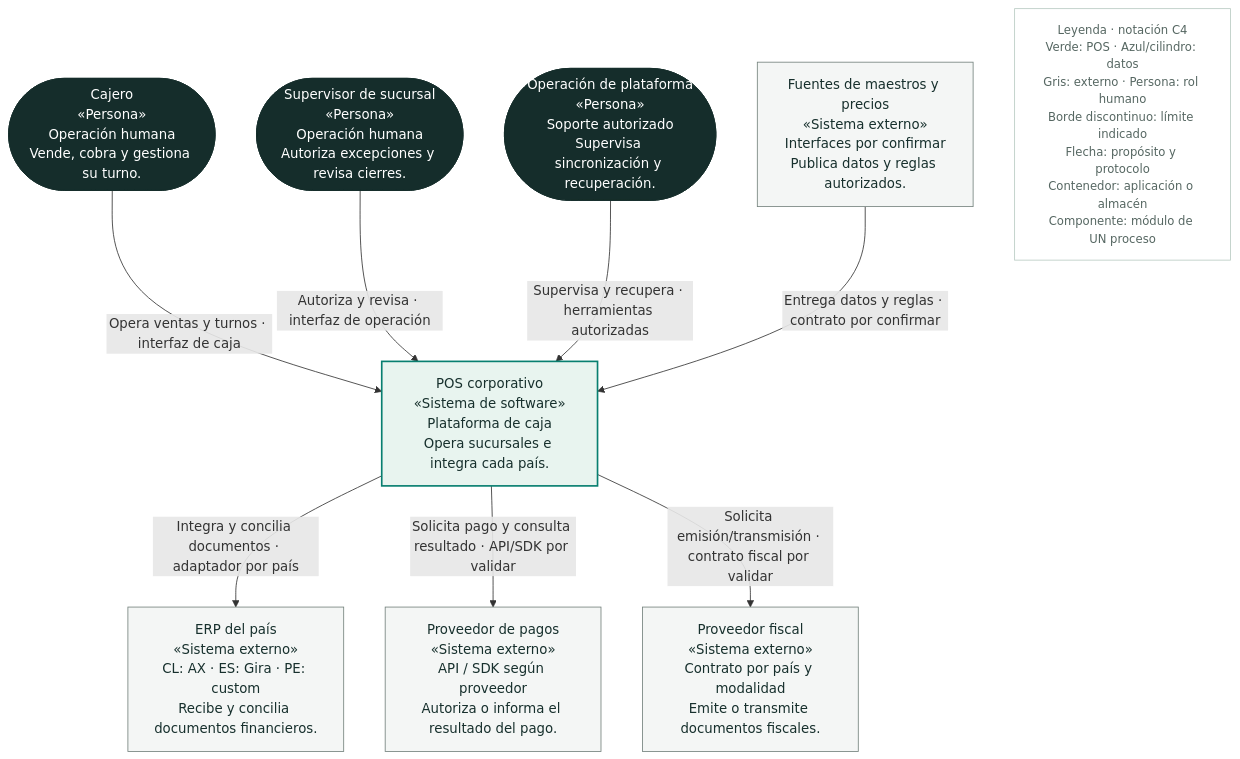
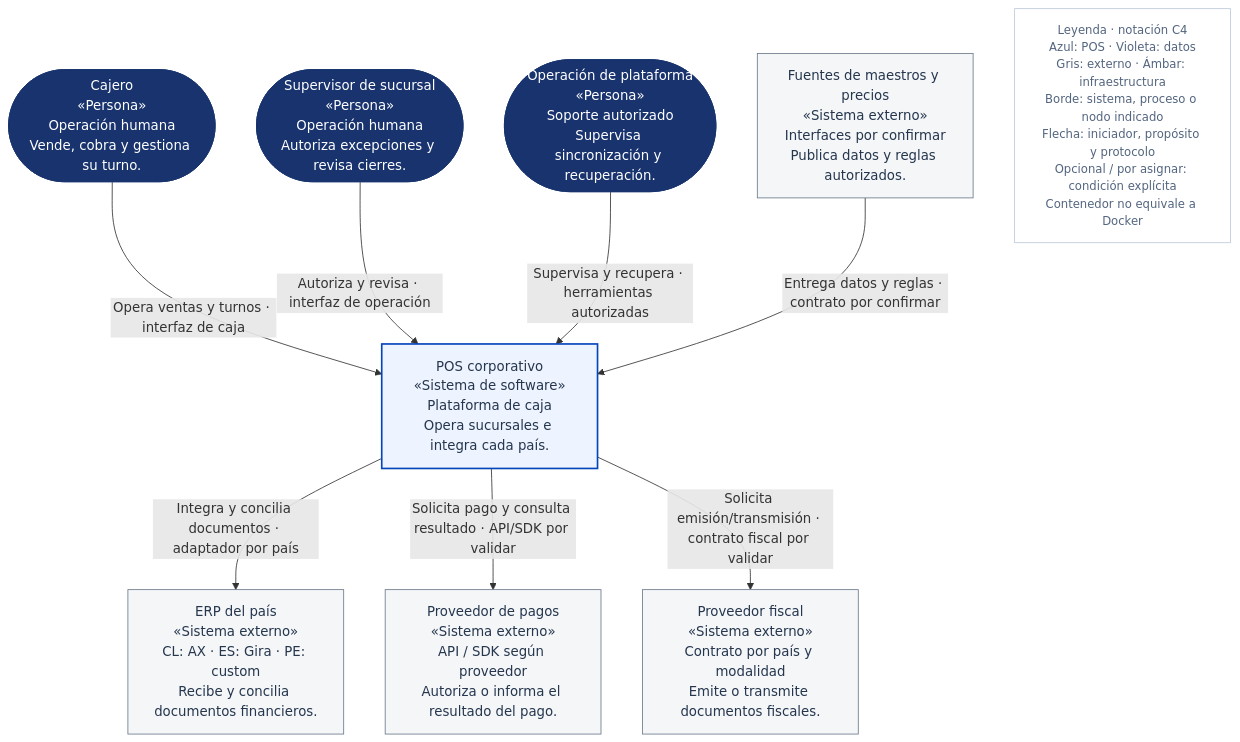
The diagram in docs/diagramas-excalidraw/mermaid/c4-context.mmd (developer-implementos/pos-docs), drawn with Mermaid before and after one commit. The commit also changed 72 other files, not shown here.

```diff
--- a/docs/diagramas-excalidraw/mermaid/c4-context.mmd
+++ b/docs/diagramas-excalidraw/mermaid/c4-context.mmd
@@ -1,25 +1,25 @@
 flowchart TB
     accTitle: C1 · Contexto — El POS y su entorno
     accDescr: Un sistema POS corporativo; personas y sistemas externos. Representación lógica aplicable a cada país. La integración financiera, el precio autorizado, el pago y la fiscalidad tienen propietarios distintos. Los sistemas externos no se dan por homologados.
     cashier(["Cajero<br/>«Persona»<br/>Operación humana<br/>Vende, cobra y gestiona su turno."]):::person
     supervisor(["Supervisor de sucursal<br/>«Persona»<br/>Operación humana<br/>Autoriza excepciones y revisa cierres."]):::person
     support(["Operación de plataforma<br/>«Persona»<br/>Soporte autorizado<br/>Supervisa sincronización y recuperación."]):::person
     pos["POS corporativo<br/>«Sistema de software»<br/>Plataforma de caja<br/>Opera sucursales e integra cada país."]:::pos
     erp["ERP del país<br/>«Sistema externo»<br/>CL: AX · ES: Gira · PE: custom<br/>Recibe y concilia documentos financieros."]:::external
     masters["Fuentes de maestros y precios<br/>«Sistema externo»<br/>Interfaces por confirmar<br/>Publica datos y reglas autorizados."]:::external
     payments["Proveedor de pagos<br/>«Sistema externo»<br/>API / SDK según proveedor<br/>Autoriza o informa el resultado del pago."]:::external
     fiscal["Proveedor fiscal<br/>«Sistema externo»<br/>Contrato por país y modalidad<br/>Emite o transmite documentos fiscales."]:::external
-    legend["Leyenda · notación C4<br/>Verde: POS · Azul/cilindro: datos<br/>Gris: externo · Persona: rol humano<br/>Borde discontinuo: límite indicado<br/>Flecha: propósito y protocolo<br/>Contenedor: aplicación o almacén<br/>Componente: módulo de UN proceso"]:::key
+    legend["Leyenda · notación C4<br/>Azul: POS · Violeta: datos<br/>Gris: externo · Ámbar: infraestructura<br/>Borde: sistema, proceso o nodo indicado<br/>Flecha: iniciador, propósito y protocolo<br/>Opcional / por asignar: condición explícita<br/>Contenedor no equivale a Docker"]:::key
     cashier -->|"Opera ventas y turnos · interfaz de caja"| pos
     supervisor -->|"Autoriza y revisa · interfaz de operación"| pos
     support -->|"Supervisa y recupera · herramientas autorizadas"| pos
     masters -->|"Entrega datos y reglas · contrato por confirmar"| pos
     pos -->|"Integra y concilia documentos · adaptador por país"| erp
     pos -->|"Solicita pago y consulta resultado · API/SDK por validar"| payments
     pos -->|"Solicita emisión/transmisión · contrato fiscal por validar"| fiscal
-    classDef pos fill:#e8f4ef,stroke:#087f70,color:#17302d,stroke-width:2px
-    classDef store fill:#edf3f9,stroke:#365f87,color:#17302d,stroke-width:2px
-    classDef external fill:#f4f6f5,stroke:#74827d,color:#17302d
-    classDef person fill:#152d2b,stroke:#152d2b,color:#ffffff
-    classDef infra fill:#fbf1e2,stroke:#a86516,color:#17302d
-    classDef key fill:#ffffff,stroke:#b9cbc3,color:#566762,font-size:14px
+    classDef pos fill:#EDF3FF,stroke:#0545BA,color:#25364D,stroke-width:2px
+    classDef store fill:#F2EFFF,stroke:#6551A8,color:#25364D,stroke-width:2px
+    classDef external fill:#F4F6F8,stroke:#6B788A,color:#25364D
+    classDef person fill:#18336D,stroke:#18336D,color:#FFFFFF
+    classDef infra fill:#FFF3E0,stroke:#A86516,color:#25364D
+    classDef key fill:#FFFFFF,stroke:#BCC9DB,color:#53657F,font-size:14px
```
